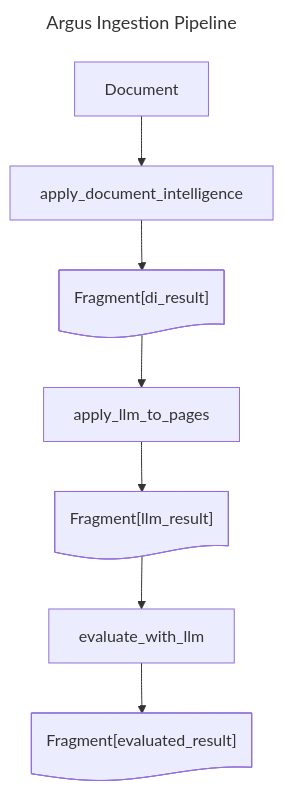
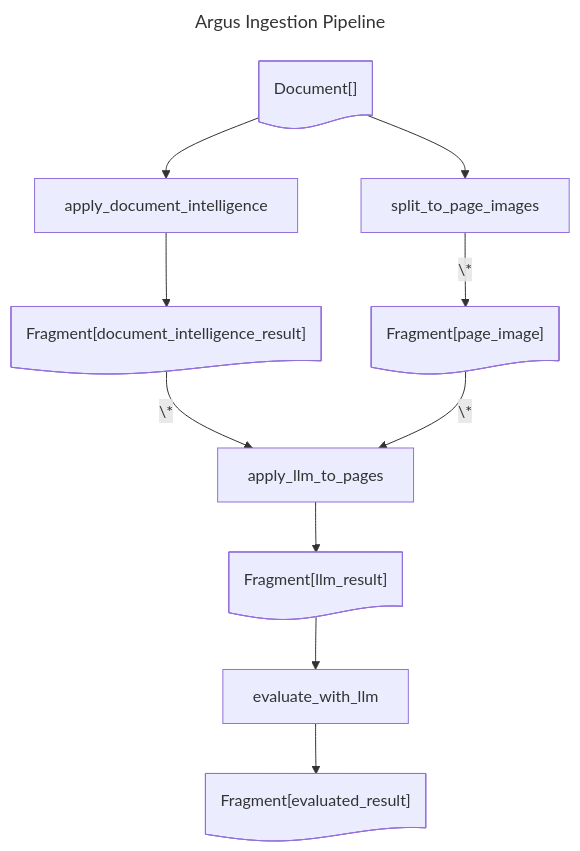
One commit to Azure-Samples/az-ai-catalyst changed the diagram in examples/argus.md. Above: the diagram before and after it, drawn with Mermaid. The commit also changed 3 other files, not shown here.

````diff
--- a/examples/argus.md
+++ b/examples/argus.md
@@ -1,19 +1,24 @@
 ```mermaid
 ---
 title: Argus Ingestion Pipeline
 ---
 flowchart TD
+    apply_document_intelligence@{ shape: rect, label: "apply_document_intelligence" }
+    Fragment_document_intelligence_result@{ shape: doc, label: "Fragment[document_intelligence_result]" }
     Fragment_evaluated_result@{ shape: doc, label: "Fragment[evaluated_result]" }
-    Fragment_di_result@{ shape: doc, label: "Fragment[di_result]" }
+    split_to_page_images@{ shape: rect, label: "split_to_page_images" }
+    Fragment_page_image@{ shape: doc, label: "Fragment[page_image]" }
     Fragment_llm_result@{ shape: doc, label: "Fragment[llm_result]" }
-    apply_document_intelligence@{ shape: rect, label: "apply_document_intelligence" }
-    apply_document_intelligence --> Fragment_di_result
-    Document --> apply_document_intelligence
+    Document_@{ shape: doc, label: "Document[]" }
+    evaluate_with_llm@{ shape: rect, label: "evaluate_with_llm" }
     apply_llm_to_pages@{ shape: rect, label: "apply_llm_to_pages" }
+    Document_ --> apply_document_intelligence
+    apply_document_intelligence --> Fragment_document_intelligence_result
+    Document_ --> split_to_page_images
+    split_to_page_images -- \* --> Fragment_page_image
+    Fragment_document_intelligence_result -- \* --> apply_llm_to_pages
+    Fragment_page_image -- \* --> apply_llm_to_pages
     apply_llm_to_pages --> Fragment_llm_result
-    Fragment_di_result --> apply_llm_to_pages
-    evaluate_with_llm@{ shape: rect, label: "evaluate_with_llm" }
+    Fragment_llm_result --> evaluate_with_llm
     evaluate_with_llm --> Fragment_evaluated_result
-    Fragment_llm_result --> evaluate_with_llm
-
 ```
````
